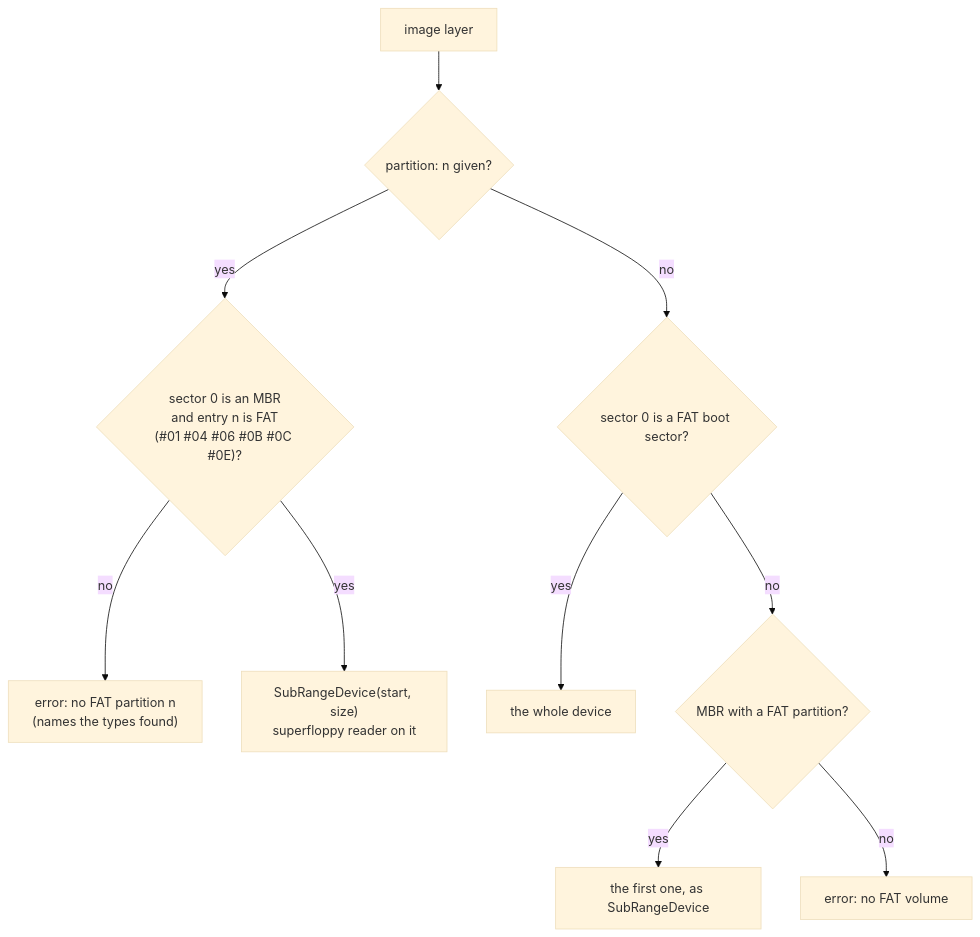
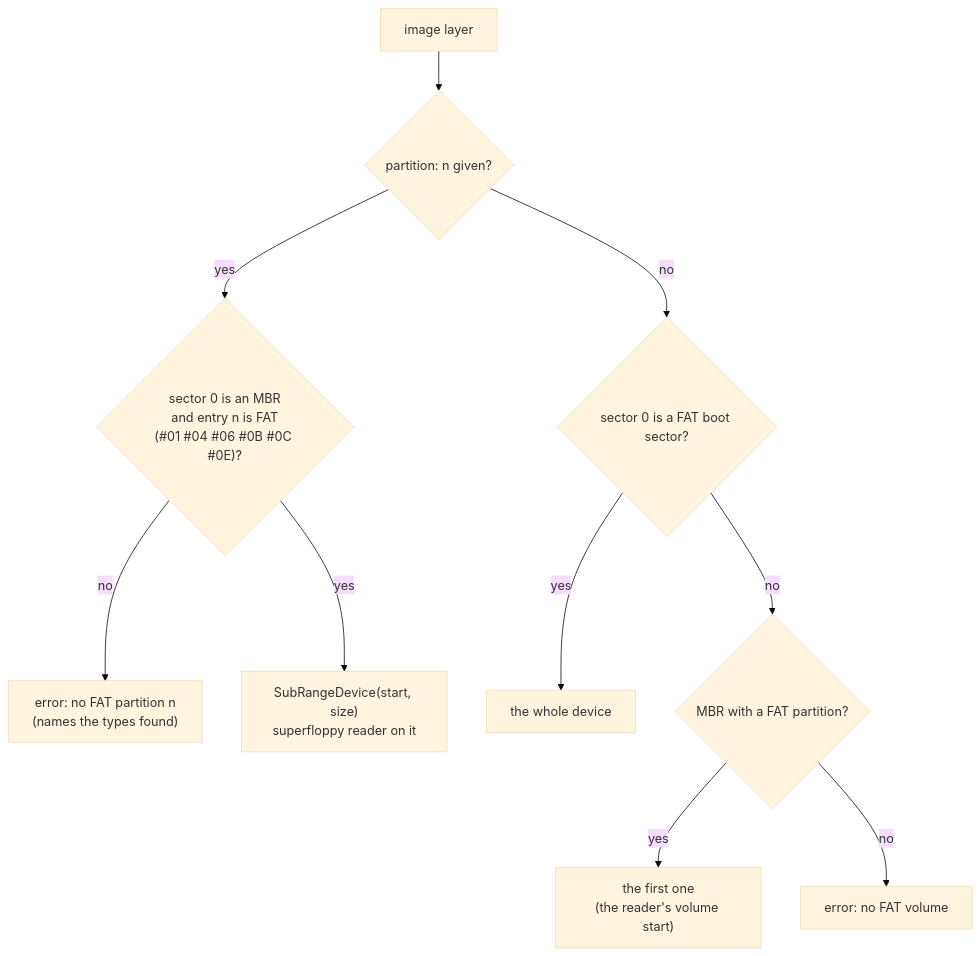
Before and after one commit to alfishe/unreal-ng: the third of 3 diagrams in docs/inprogress/2026-10-05-media-multisource/phases/c3-image-sources.md, drawn with Mermaid (base theme). The commit also changed other lines of this file and 20 other files, not shown here.

````diff
--- a/docs/inprogress/2026-10-05-media-multisource/phases/c3-image-sources.md
+++ b/docs/inprogress/2026-10-05-media-multisource/phases/c3-image-sources.md
@@ -105,12 +105,12 @@
 ```mermaid
 flowchart TD
     A["image layer"] --> B{"partition: n given?"}
     B -->|"yes"| C{"sector 0 is an MBR<br/>and entry n is FAT<br/>(#01 #04 #06 #0B #0C #0E)?"}
     C -->|"no"| E1["error: no FAT partition n<br/>(names the types found)"]
     C -->|"yes"| D["SubRangeDevice(start, size)<br/>superfloppy reader on it"]
     B -->|"no"| F{"sector 0 is a FAT boot sector?"}
     F -->|"yes"| G["the whole device"]
     F -->|"no"| H{"MBR with a FAT partition?"}
-    H -->|"yes"| I["the first one, as SubRangeDevice"]
+    H -->|"yes"| I["the first one<br/>(the reader's volume start)"]
     H -->|"no"| E2["error: no FAT volume"]
 ```
````
